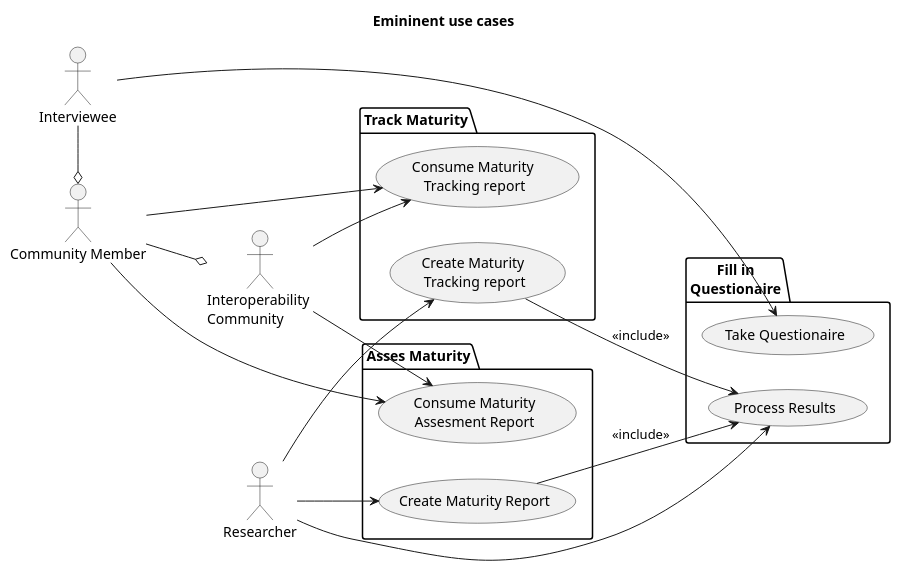
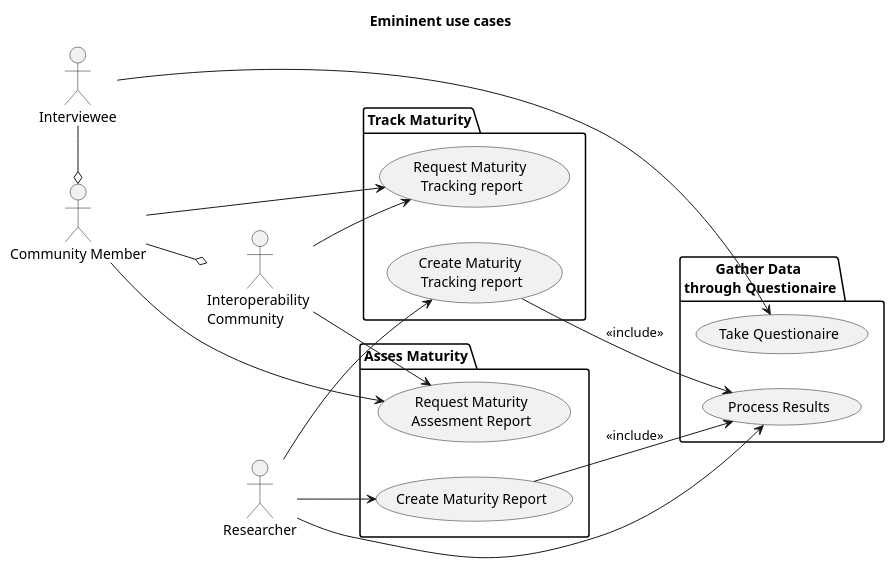
The diagram in UseCaseModels/EminentUsecases.plantuml (int-net/EminentModel), drawn with PlantUML before and after one commit. The commit also changed 5 other files, not shown here.

```diff
--- a/UseCaseModels/EminentUsecases.plantuml
+++ b/UseCaseModels/EminentUsecases.plantuml
@@ -2,47 +2,47 @@
 @startuml Emininent use cases
 left to right direction
 
 title "Emininent use cases"
 
 actor "Interoperability \nCommunity" as iopc
 actor "Community Member" as cm
 actor "Interviewee" as intrvw
 actor "Researcher" as rsrch
 
 package "Asses Maturity" {
     usecase "Create Maturity Report" as crmrpt
-    usecase "Consume Maturity\nAssesment Report" as comrpt
+    usecase "Request Maturity\nAssesment Report" as comrpt
 }
-Package "Fill in\nQuestionaire" {
+Package "Gather Data \nthrough Questionaire" {
     usecase "Take Questionaire" as tq
     usecase "Process Results" as pr
 
 }
 package "Track Maturity" {
     usecase "Create Maturity \nTracking report" as crmtrpt
-    usecase "Consume Maturity \nTracking report" as comtrpt
+    usecase "Request Maturity \nTracking report" as comtrpt
 }
 
 
 crmtrpt --> pr : <<include>>
 crmrpt --> pr : <<include>>
 
 intrvw -r-o cm
 cm --o iopc
 
 ' "Perform Maturity Assessment" ..> "Questionaire" <<depends>>
 iopc --> comrpt
 iopc --> comtrpt
 
 cm --> comrpt
 cm --> comtrpt
 
 
 intrvw --> tq
 
 
 rsrch --> pr 
 rsrch --> crmrpt
 rsrch --> crmtrpt
 
 @enduml
```
